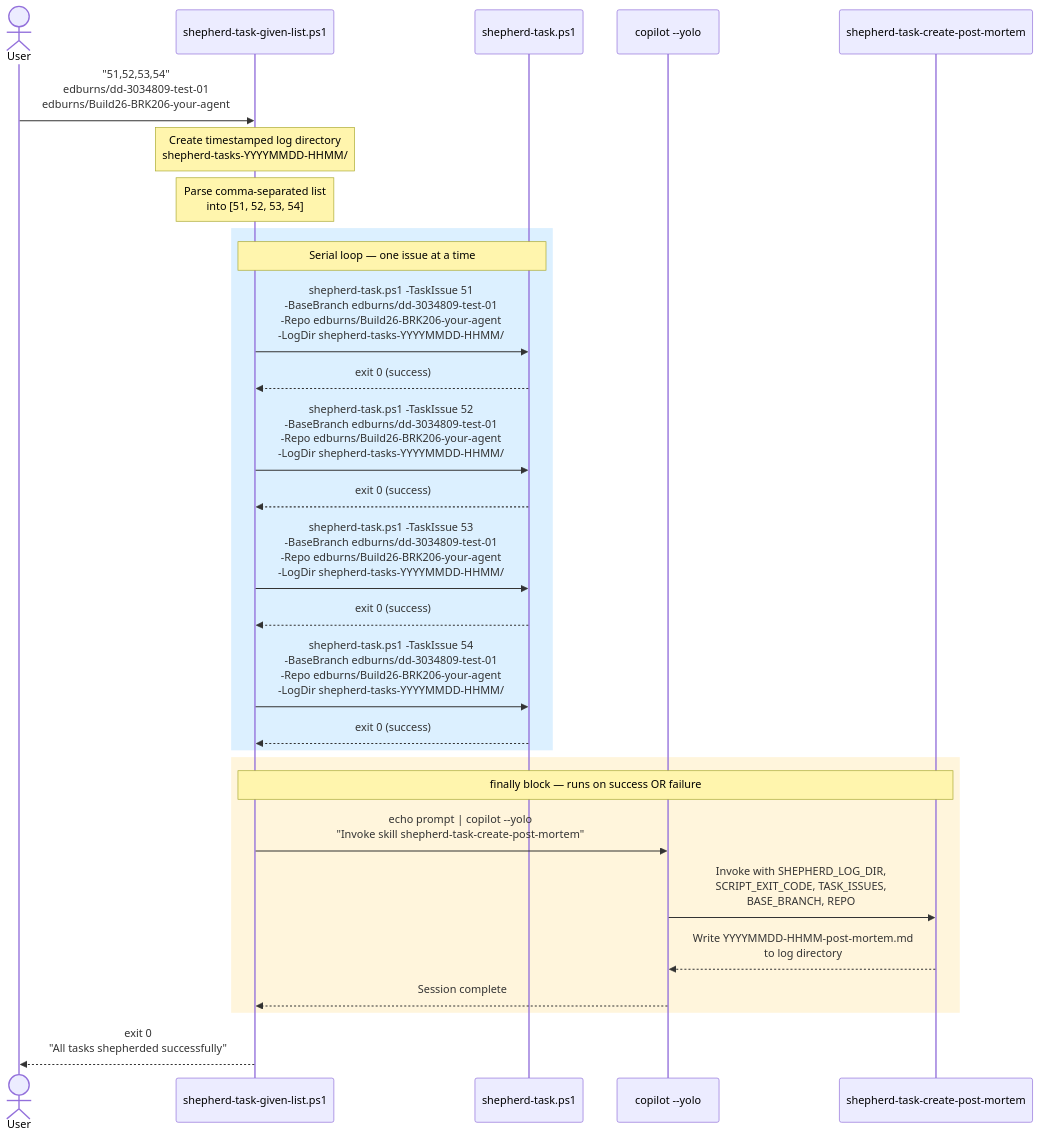
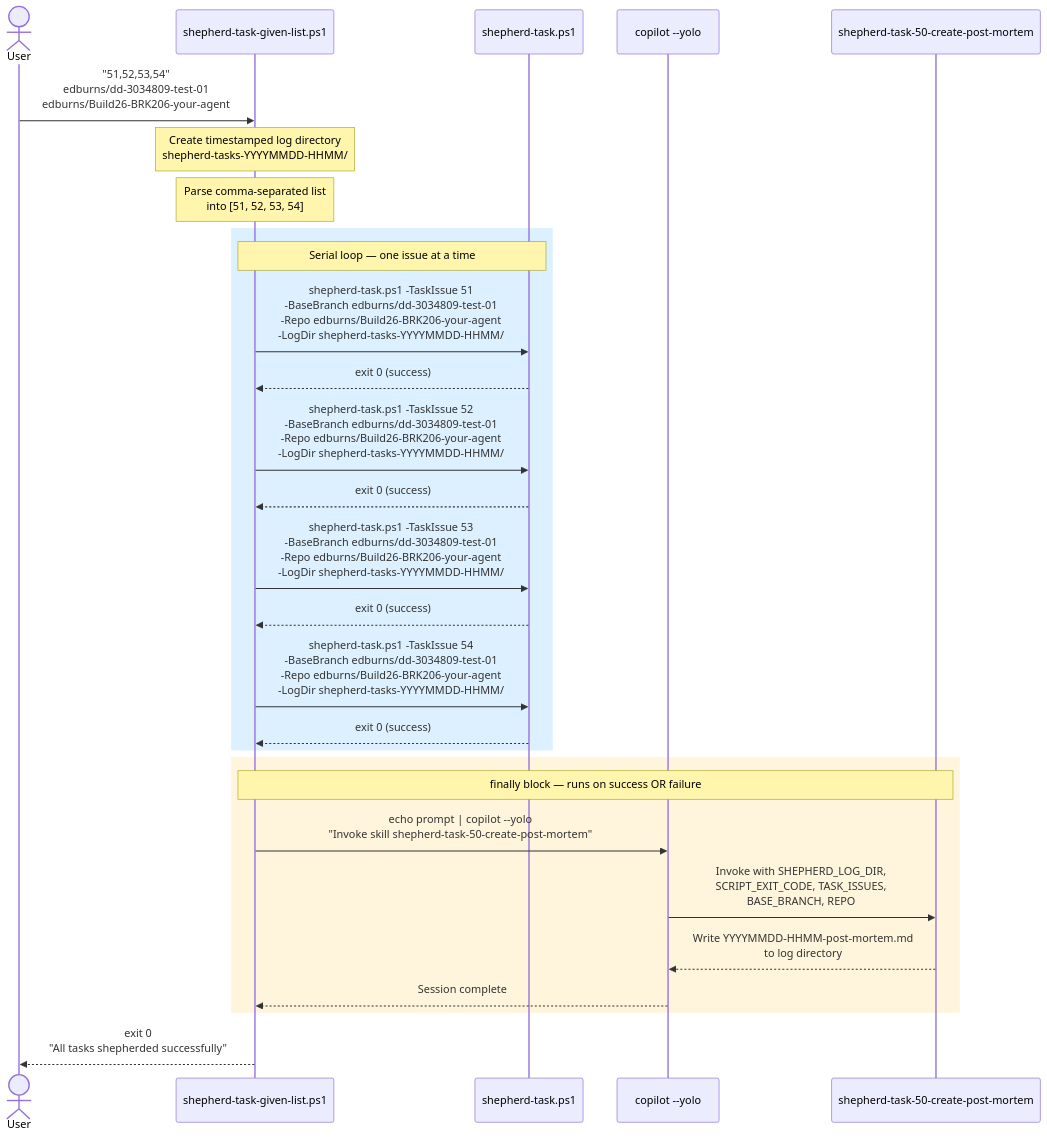
Before and after one commit to github/awesome-copilot: the diagram in plugins/shepherd-task/figure-01-shepherd-task-given-list.md, drawn with Mermaid. The commit also changed 30 other files, not shown here.

````diff
--- a/plugins/shepherd-task/figure-01-shepherd-task-given-list.md
+++ b/plugins/shepherd-task/figure-01-shepherd-task-given-list.md
@@ -13,39 +13,39 @@
 ```mermaid
 sequenceDiagram
     actor User
     participant STGL as shepherd-task-given-list.ps1
     participant ST as shepherd-task.ps1
     participant Copilot as copilot --yolo
-    participant PostMortem as shepherd-task-create-post-mortem
+    participant PostMortem as shepherd-task-50-create-post-mortem
 
     User->>STGL: "51,52,53,54"<br/>edburns/dd-3034809-test-01<br/>edburns/Build26-BRK206-your-agent
 
     Note over STGL: Create timestamped log directory<br/>shepherd-tasks-YYYYMMDD-HHMM/
 
     Note over STGL: Parse comma-separated list<br/>into [51, 52, 53, 54]
 
     rect rgb(220, 240, 255)
         Note over STGL,ST: Serial loop — one issue at a time
         STGL->>ST: shepherd-task.ps1 -TaskIssue 51<br/>-BaseBranch edburns/dd-3034809-test-01<br/>-Repo edburns/Build26-BRK206-your-agent<br/>-LogDir shepherd-tasks-YYYYMMDD-HHMM/
         ST-->>STGL: exit 0 (success)
 
         STGL->>ST: shepherd-task.ps1 -TaskIssue 52<br/>-BaseBranch edburns/dd-3034809-test-01<br/>-Repo edburns/Build26-BRK206-your-agent<br/>-LogDir shepherd-tasks-YYYYMMDD-HHMM/
         ST-->>STGL: exit 0 (success)
 
         STGL->>ST: shepherd-task.ps1 -TaskIssue 53<br/>-BaseBranch edburns/dd-3034809-test-01<br/>-Repo edburns/Build26-BRK206-your-agent<br/>-LogDir shepherd-tasks-YYYYMMDD-HHMM/
         ST-->>STGL: exit 0 (success)
 
         STGL->>ST: shepherd-task.ps1 -TaskIssue 54<br/>-BaseBranch edburns/dd-3034809-test-01<br/>-Repo edburns/Build26-BRK206-your-agent<br/>-LogDir shepherd-tasks-YYYYMMDD-HHMM/
         ST-->>STGL: exit 0 (success)
     end
 
     rect rgb(255, 245, 220)
         Note over STGL,PostMortem: finally block — runs on success OR failure
-        STGL->>Copilot: echo prompt | copilot --yolo<br/>"Invoke skill shepherd-task-create-post-mortem"
+        STGL->>Copilot: echo prompt | copilot --yolo<br/>"Invoke skill shepherd-task-50-create-post-mortem"
         Copilot->>PostMortem: Invoke with SHEPHERD_LOG_DIR,<br/>SCRIPT_EXIT_CODE, TASK_ISSUES,<br/>BASE_BRANCH, REPO
         PostMortem-->>Copilot: Write YYYYMMDD-HHMM-post-mortem.md<br/>to log directory
         Copilot-->>STGL: Session complete
     end
 
     STGL-->>User: exit 0<br/>"All tasks shepherded successfully"
 ```
````
